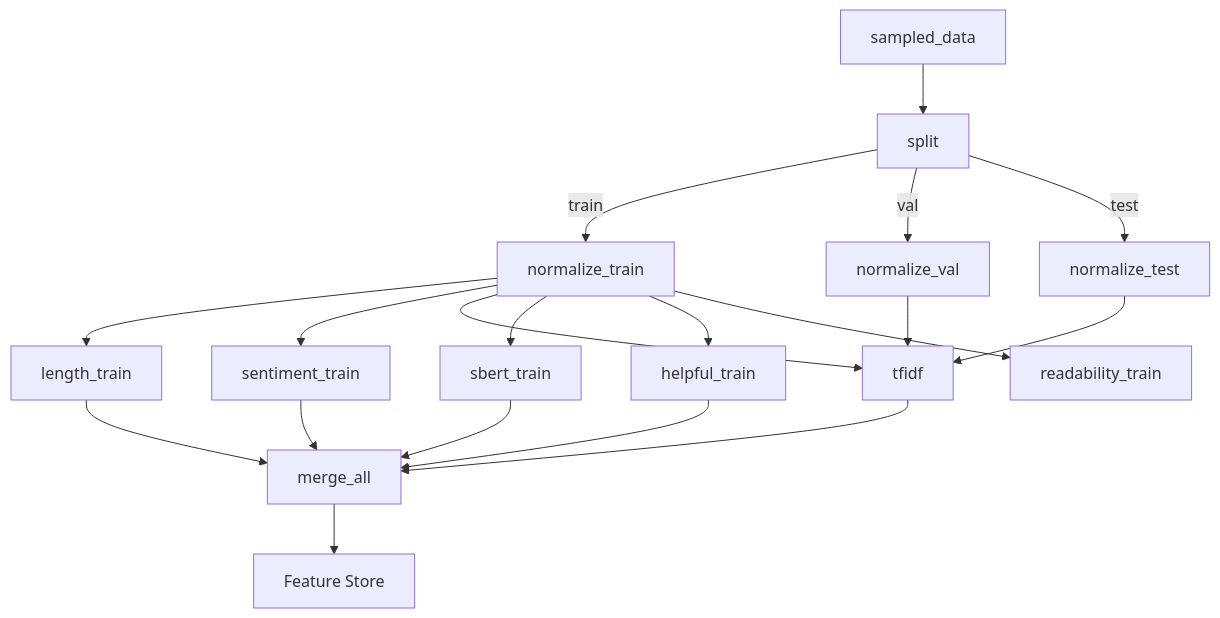
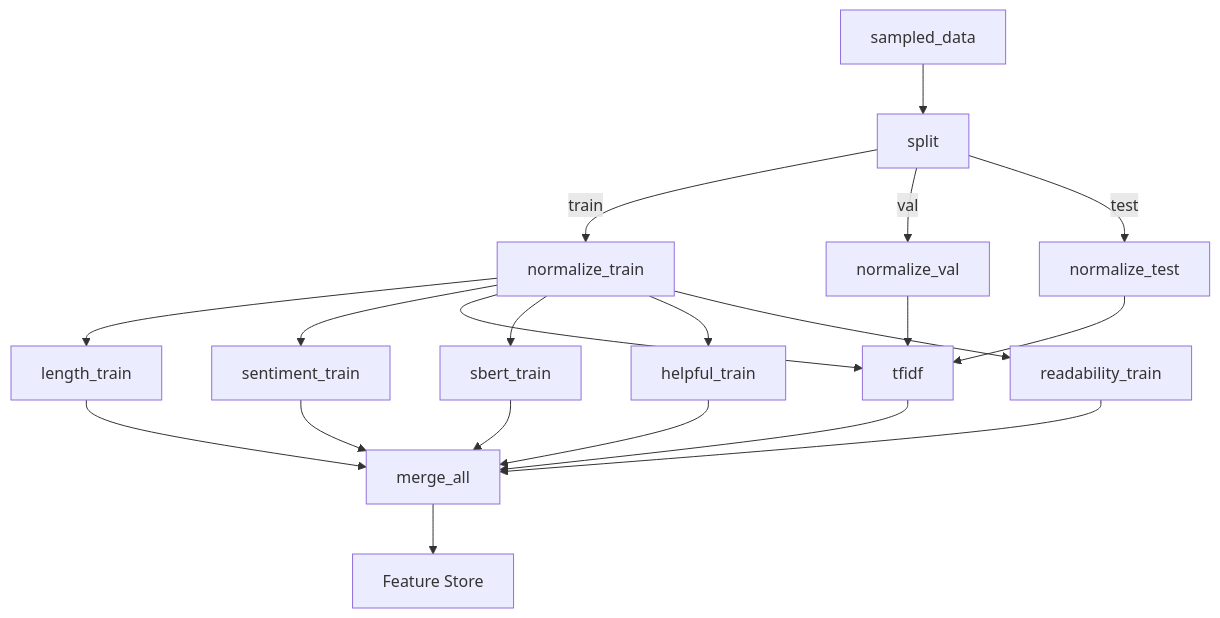
Before and after one commit to Rawand-udst/ClouldComputing_labs-Assignment1: the diagram in README.md, drawn with Mermaid. The commit also changed other lines of this file, not shown here.

````diff
--- a/README.md
+++ b/README.md
@@ -612,21 +614,22 @@
 ```mermaid
 graph TD
     A[sampled_data] --> B[split]
     B -->|train| C[normalize_train]
     B -->|val| D[normalize_val]
     B -->|test| E[normalize_test]
     C --> F[length_train]
     C --> G[sentiment_train]
     C --> H[tfidf]
     D --> H
     E --> H
     C --> I[sbert_train]
     C --> J[helpful_train]
     C --> P[readability_train]
     F --> K[merge_all]
     G --> K
     H --> K
     I --> K
     J --> K
+    P --> K
     K --> L[Feature Store]
 ```
````
